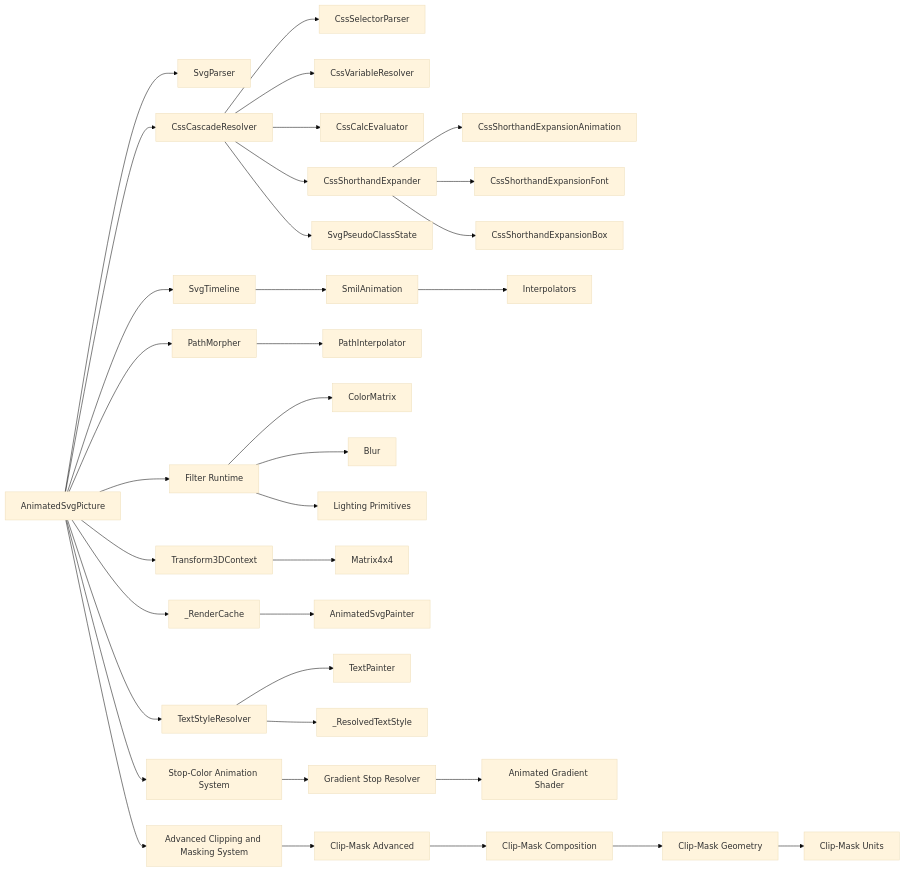
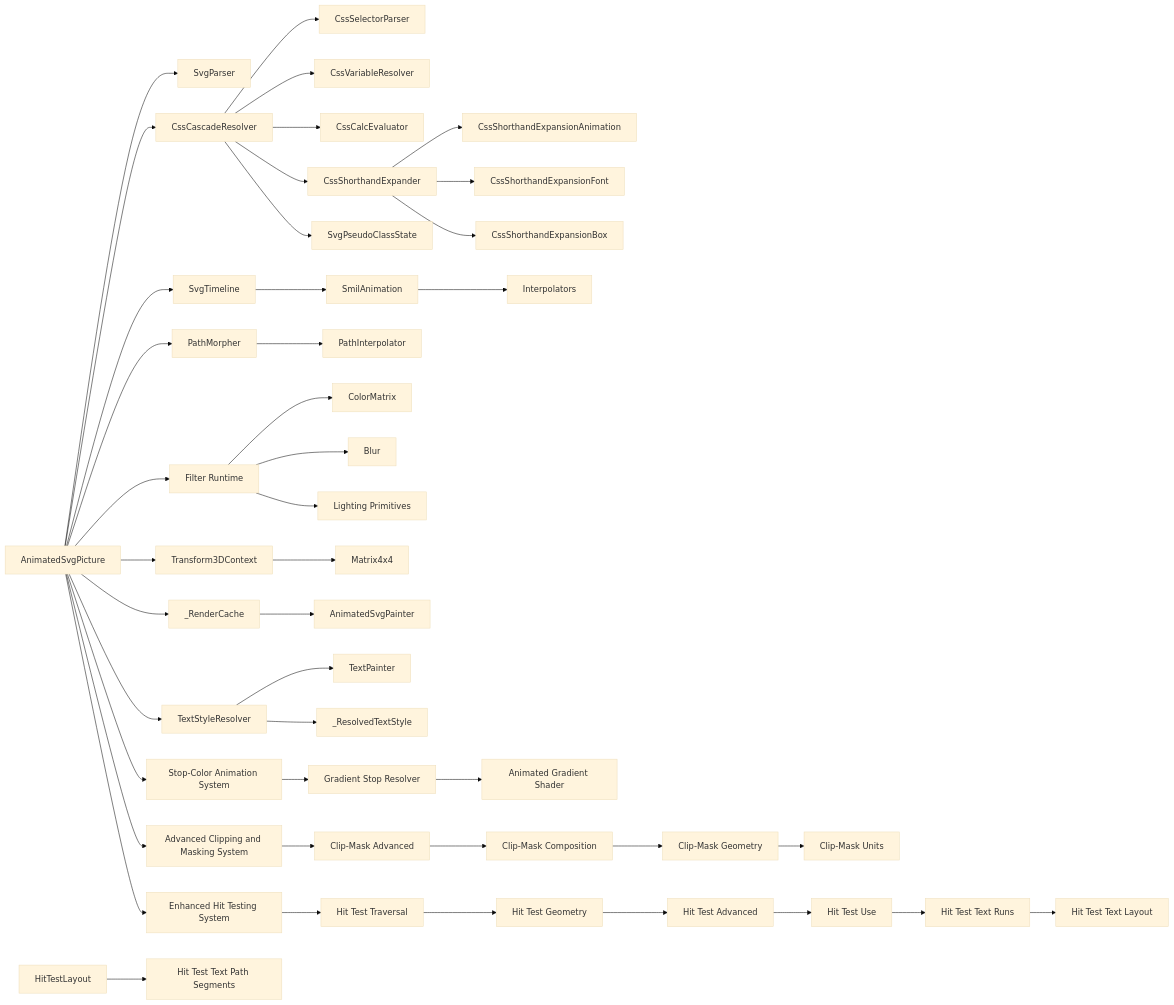
One commit to denisnadey/flutter_full_svg_support changed diagram 20 of 20 in .qoder/repowiki/en/content/Animated SVG Support/Advanced Animation Features/Advanced Animation Features.md. Above: the diagram before and after it, drawn with Mermaid (base theme). The commit also changed other lines of this file and 10 other files, not shown here.

````diff
--- a/.qoder/repowiki/en/content/Animated SVG Support/Advanced Animation Features/Advanced Animation Features.md
+++ b/.qoder/repowiki/en/content/Animated SVG Support/Advanced Animation Features/Advanced Animation Features.md
@@ -1592,37 +1862,45 @@
 ```mermaid
 graph LR
 Picture["AnimatedSvgPicture"] --> Parser["SvgParser"]
 Picture --> Timeline["SvgTimeline"]
 Picture --> CssCascade["CssCascadeResolver"]
 CssCascade --> CssSelectors["CssSelectorParser"]
 CssCascade --> CssVars["CssVariableResolver"]
 CssCascade --> CssCalc["CssCalcEvaluator"]
 CssCascade --> ShorthandExpander["CssShorthandExpander"]
 ShorthandExpander --> AnimationExpander["CssShorthandExpansionAnimation"]
 ShorthandExpander --> FontExpander["CssShorthandExpansionFont"]
 ShorthandExpander --> BoxExpander["CssShorthandExpansionBox"]
 CssCascade --> PseudoState["SvgPseudoClassState"]
 Timeline --> Anim["SmilAnimation"]
 Anim --> Interp["Interpolators"]
 Picture --> Morph["PathMorpher"]
 Morph --> InterpPath["PathInterpolator"]
 Picture --> Filters["Filter Runtime"]
 Filters --> CM["ColorMatrix"]
 Filters --> Blur["Blur"]
 Filters --> Light["Lighting Primitives"]
 Picture --> Transform3D["Transform3DContext"]
 Transform3D --> Matrix4x4["Matrix4x4"]
 Picture --> RenderCache["_RenderCache"]
 RenderCache --> Painter["AnimatedSvgPainter"]
 Picture --> TextStyle["TextStyleResolver"]
 TextStyle --> TextPaint["TextPainter"]
 TextStyle --> ResolvedStyle["_ResolvedTextStyle"]
 Picture --> StopColorSystem["Stop-Color Animation System"]
 StopColorSystem --> GradientResolver["Gradient Stop Resolver"]
 GradientResolver --> GradientShader["Animated Gradient Shader"]
 Picture --> ClipMaskSystem["Advanced Clipping and Masking System"]
 ClipMaskSystem --> ClipMaskAdvanced["Clip-Mask Advanced"]
 ClipMaskAdvanced --> ClipMaskComposition["Clip-Mask Composition"]
 ClipMaskComposition --> ClipMaskGeometry["Clip-Mask Geometry"]
 ClipMaskGeometry --> ClipMaskUnits["Clip-Mask Units"]
+Picture --> HitTestSystem["Enhanced Hit Testing System"]
+HitTestSystem --> HitTestTraversal["Hit Test Traversal"]
+HitTestTraversal --> HitTestGeometry["Hit Test Geometry"]
+HitTestGeometry --> HitTestAdvanced["Hit Test Advanced"]
+HitTestAdvanced --> HitTestUse["Hit Test Use"]
+HitTestUse --> HitTestTextRuns["Hit Test Text Runs"]
+HitTestTextRuns --> HitTestTextLayout["Hit Test Text Layout"]
+HitTestLayout --> HitTestTextPathSegments["Hit Test Text Path Segments"]
 ```
````
